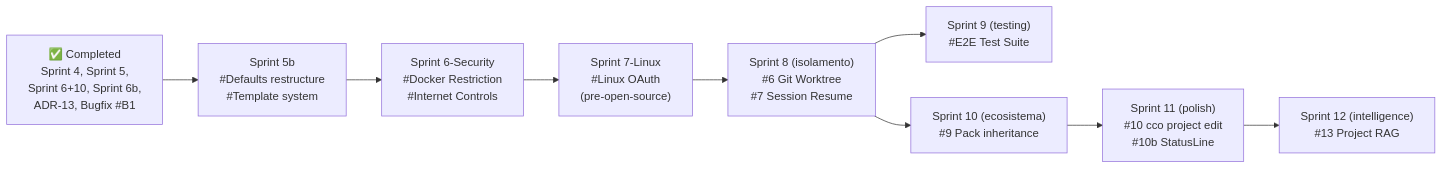
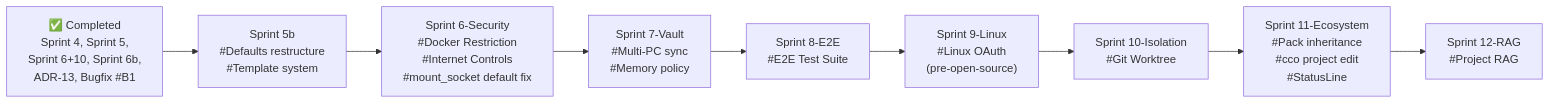
One commit to alergyonthestage/claude-orchestrator changed the diagram in docs/maintainer/roadmap.md. Above: the diagram before and after it, drawn with Mermaid. The commit also changed other lines of this file and 1 other file, not shown here.

First line of the commit message:
docs: update roadmap with vault sync sprint and sprint reordering

````diff
--- a/docs/maintainer/roadmap.md
+++ b/docs/maintainer/roadmap.md
@@ -231,22 +231,22 @@
 ```mermaid
 graph LR
     DONE["✅ Completed<br/>Sprint 4, Sprint 5,<br/>Sprint 6+10, Sprint 6b,<br/>ADR-13, Bugfix #B1"]
 
     S5b["Sprint 5b<br/>#Defaults restructure<br/>#Template system"]
-    S6S["Sprint 6-Security<br/>#Docker Restriction<br/>#Internet Controls"]
-    S7L["Sprint 7-Linux<br/>#Linux OAuth<br/>(pre-open-source)"]
-    S8["Sprint 8 (isolamento)<br/>#6 Git Worktree<br/>#7 Session Resume"]
-    S9["Sprint 9 (testing)<br/>#E2E Test Suite"]
-    S10["Sprint 10 (ecosistema)<br/>#9 Pack inheritance"]
-    S11["Sprint 11 (polish)<br/>#10 cco project edit<br/>#10b StatusLine"]
-    S12["Sprint 12 (intelligence)<br/>#13 Project RAG"]
+    S6S["Sprint 6-Security<br/>#Docker Restriction<br/>#Internet Controls<br/>#mount_socket default fix"]
+    S7V["Sprint 7-Vault<br/>#Multi-PC sync<br/>#Memory policy"]
+    S8E["Sprint 8-E2E<br/>#E2E Test Suite"]
+    S9L["Sprint 9-Linux<br/>#Linux OAuth<br/>(pre-open-source)"]
+    S10I["Sprint 10-Isolation<br/>#Git Worktree"]
+    S11E["Sprint 11-Ecosystem<br/>#Pack inheritance<br/>#cco project edit<br/>#StatusLine"]
+    S12R["Sprint 12-RAG<br/>#Project RAG"]
 
     DONE --> S5b
     S5b --> S6S
-    S6S --> S7L
-    S7L --> S8
-    S8 --> S9
-    S8 --> S10
-    S10 --> S11
-    S11 --> S12
+    S6S --> S7V
+    S7V --> S8E
+    S8E --> S9L
+    S9L --> S10I
+    S10I --> S11E
+    S11E --> S12R
 ```
````
